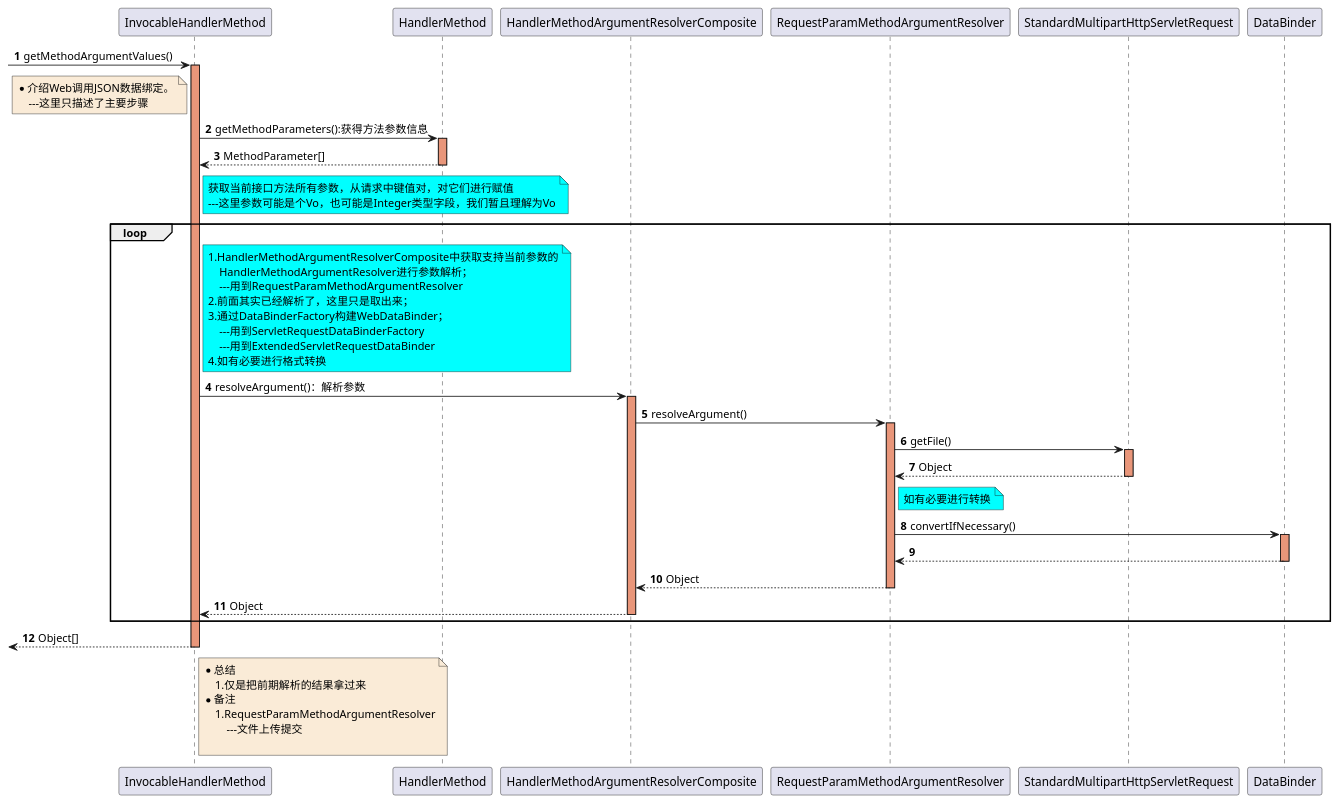
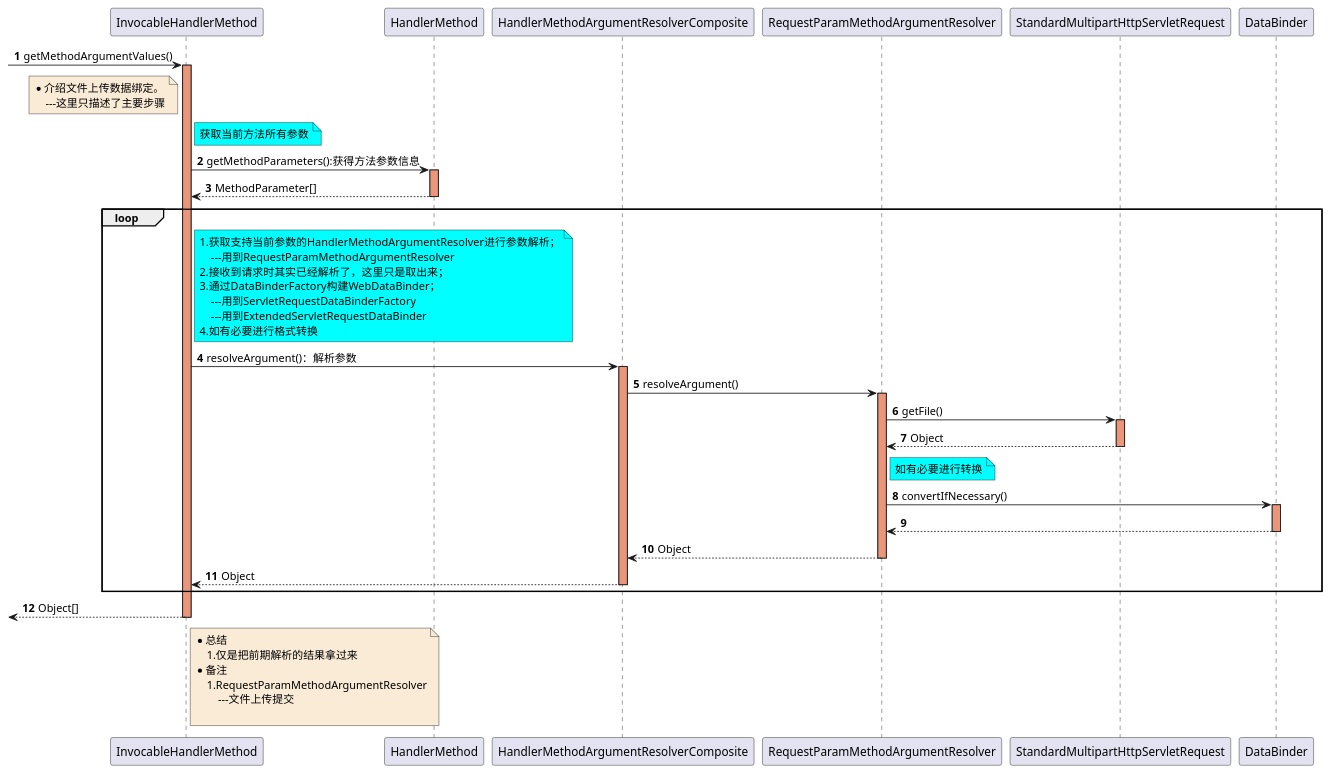
The diagram in document/spring/mvc/sequence/MVC-Invoke-3-DataBinder-UploadFile-InvocableHandlerMethod_getMethodArgumentValues-sequence.puml (czwer/learn-spring-code), drawn with PlantUML before and after one commit. The commit also changed 33 other files, not shown here.

Commit message:
MVC相关时序图，类图修改

```diff
--- a/document/spring/mvc/sequence/MVC-Invoke-3-DataBinder-UploadFile-InvocableHandlerMethod_getMethodArgumentValues-sequence.puml
+++ b/document/spring/mvc/sequence/MVC-Invoke-3-DataBinder-UploadFile-InvocableHandlerMethod_getMethodArgumentValues-sequence.puml
@@ -1,77 +1,77 @@
 @startuml
 autonumber
 
 -> InvocableHandlerMethod: getMethodArgumentValues()
 activate InvocableHandlerMethod #DarkSalmon
 
     note left of InvocableHandlerMethod #FAEBD7
-        *介绍Web调用JSON数据绑定。
+        *介绍文件上传数据绑定。
             ---这里只描述了主要步骤
+    end note
+
+    note right of InvocableHandlerMethod #aqua
+        获取当前方法所有参数
     end note
 
     InvocableHandlerMethod -> HandlerMethod : getMethodParameters():获得方法参数信息
     activate HandlerMethod #DarkSalmon
     HandlerMethod --> InvocableHandlerMethod : MethodParameter[]
     deactivate HandlerMethod
-    note right of InvocableHandlerMethod #aqua
-        获取当前接口方法所有参数，从请求中键值对，对它们进行赋值
-        ---这里参数可能是个Vo，也可能是Integer类型字段，我们暂且理解为Vo
-    end note
+
     loop
         note right of InvocableHandlerMethod #aqua
-            1.HandlerMethodArgumentResolverComposite中获取支持当前参数的
-                HandlerMethodArgumentResolver进行参数解析；
+            1.获取支持当前参数的HandlerMethodArgumentResolver进行参数解析；
                 ---用到RequestParamMethodArgumentResolver
-            2.前面其实已经解析了，这里只是取出来；
+            2.接收到请求时其实已经解析了，这里只是取出来；
             3.通过DataBinderFactory构建WebDataBinder；
                 ---用到ServletRequestDataBinderFactory
                 ---用到ExtendedServletRequestDataBinder
             4.如有必要进行格式转换
         end note
 
 
         InvocableHandlerMethod -> HandlerMethodArgumentResolverComposite: resolveArgument()：解析参数
         activate HandlerMethodArgumentResolverComposite #DarkSalmon
 
             HandlerMethodArgumentResolverComposite -> RequestParamMethodArgumentResolver: resolveArgument()
             activate RequestParamMethodArgumentResolver #DarkSalmon
 
                 RequestParamMethodArgumentResolver -> StandardMultipartHttpServletRequest: getFile()
                 activate StandardMultipartHttpServletRequest #DarkSalmon
 
 
 
                 StandardMultipartHttpServletRequest --> RequestParamMethodArgumentResolver : Object
                 deactivate StandardMultipartHttpServletRequest
 
                 note right of RequestParamMethodArgumentResolver #aqua
                    如有必要进行转换
                 end note
                 RequestParamMethodArgumentResolver -> DataBinder : convertIfNecessary()
                 activate DataBinder #DarkSalmon
                 DataBinder --> RequestParamMethodArgumentResolver
                 deactivate DataBinder
 
             RequestParamMethodArgumentResolver --> HandlerMethodArgumentResolverComposite : Object
             deactivate RequestParamMethodArgumentResolver
 
         HandlerMethodArgumentResolverComposite --> InvocableHandlerMethod : Object
         deactivate HandlerMethodArgumentResolverComposite
 
 
     end
 
    
 <-- InvocableHandlerMethod : Object[]
 deactivate InvocableHandlerMethod
 
 note right of InvocableHandlerMethod #FAEBD7
     *总结
         1.仅是把前期解析的结果拿过来
     *备注
         1.RequestParamMethodArgumentResolver
             ---文件上传提交
 
 end note
 
 @enduml
```
